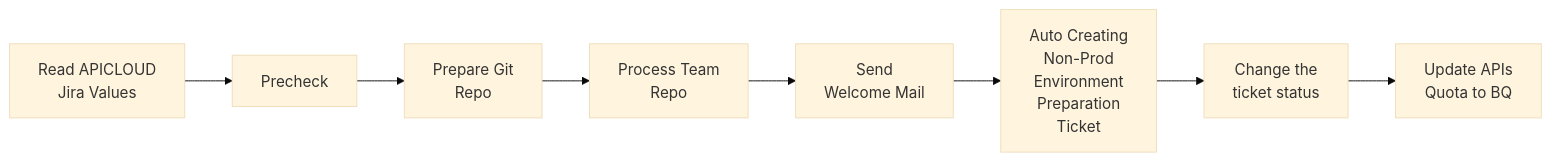
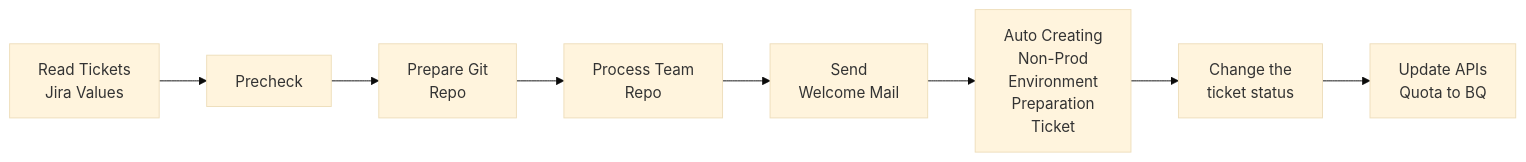
Before and after one commit to aibangjuxin/groovy: the second of 5 diagrams in report/quota-requirement.md, drawn with Mermaid (base theme).

Commit message:
This is for my macOS git push or pull at Tue Dec 10 12:23:09 CST 2024. Last changed file: report/quota-requirement.md

````diff
--- a/report/quota-requirement.md
+++ b/report/quota-requirement.md
@@ -186,4 +186,4 @@
 ```mermaid
 graph LR
-    A[Read APICLOUD<br>Jira Values] --> B[Precheck] --> C[Prepare Git<br>Repo] --> D[Process Team<br>Repo] --> E[Send<br>Welcome Mail] --> F[Auto Creating<br>Non-Prod<br>Environment<br>Preparation<br>Ticket] --> G[Change the<br>ticket status] --> H[Update APIs<br>Quota to BQ];
+    A[Read Tickets <br>Jira Values] --> B[Precheck] --> C[Prepare Git<br>Repo] --> D[Process Team<br>Repo] --> E[Send<br>Welcome Mail] --> F[Auto Creating<br>Non-Prod<br>Environment<br>Preparation<br>Ticket] --> G[Change the<br>ticket status] --> H[Update APIs<br>Quota to BQ];
 ```
````
